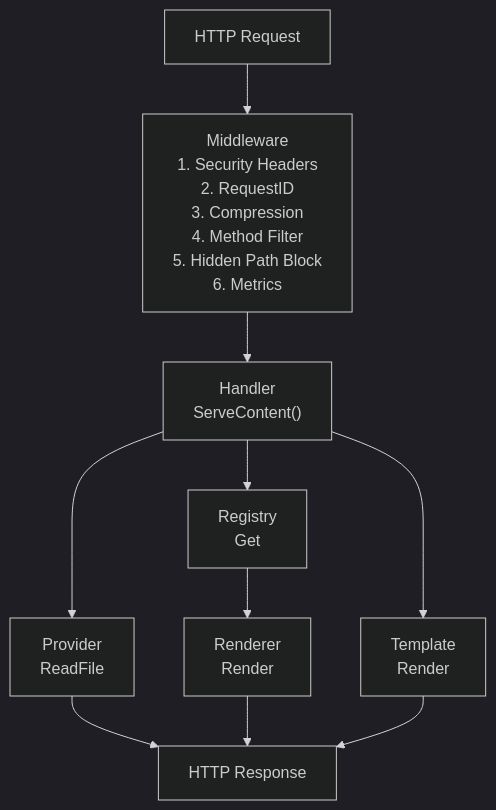
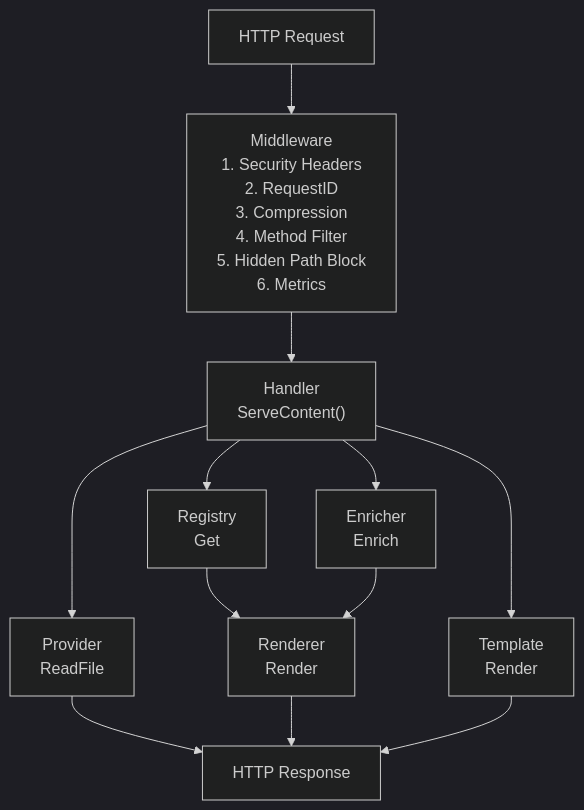
The first of 3 diagrams in docs/architecture.md (monolithiclab/gomddoc), drawn with Mermaid (dark theme) before and after one commit. The commit also changed other lines of this file and 33 other files, not shown here.

````diff
--- a/docs/architecture.md
+++ b/docs/architecture.md
@@ -17,12 +17,14 @@
 ```mermaid
 graph TD
     A[HTTP Request] --> B["Middleware<br/>1. Security Headers<br/>2. RequestID<br/>3. Compression<br/>4. Method Filter<br/>5. Hidden Path Block<br/>6. Metrics"]
     B --> C["Handler<br/>ServeContent()"]
     C --> D["Provider<br/>ReadFile"]
+    C --> EN["Enricher<br/>Enrich"]
     C --> E["Registry<br/>Get"]
     C --> F["Template<br/>Render"]
     E --> G["Renderer<br/>Render"]
     D --> H[HTTP Response]
+    EN --> G
     G --> H
     F --> H
 ```
````
